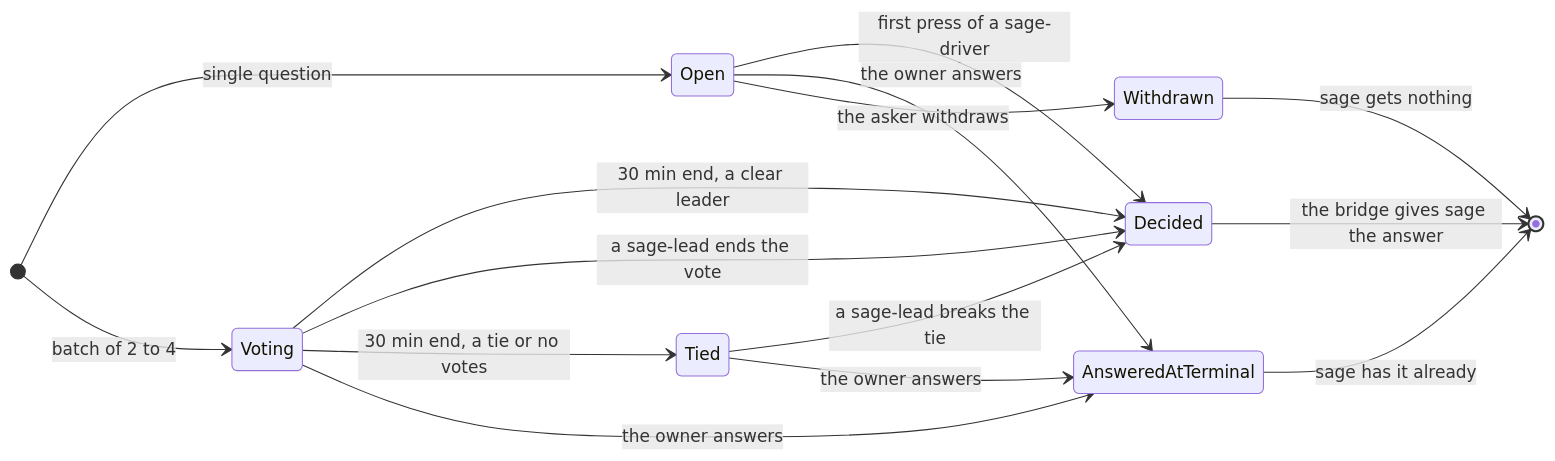
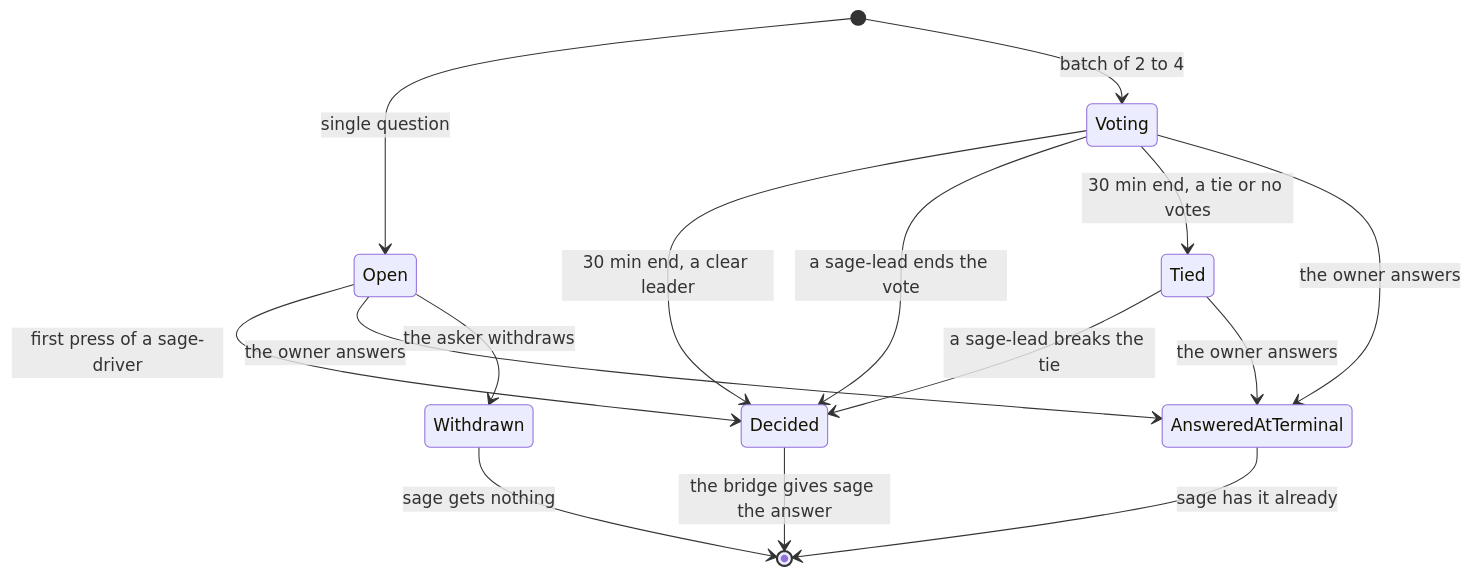
The second of 3 diagrams in README.md (erickb336/sage-bot), drawn with Mermaid before and after one commit.

Commit message:
README: draw the question states top to bottom, so the labels stay readable (T52)

````diff
--- a/README.md
+++ b/README.md
@@ -65,18 +65,17 @@
 ```mermaid
 stateDiagram-v2
-    direction LR
     [*] --> Open: single question
     [*] --> Voting: batch of 2 to 4
     Open --> Decided: first press of a sage-driver
     Voting --> Decided: 30 min end, a clear leader
     Voting --> Decided: a sage-lead ends the vote
     Voting --> Tied: 30 min end, a tie or no votes
     Tied --> Decided: a sage-lead breaks the tie
     Open --> AnsweredAtTerminal: the owner answers
     Voting --> AnsweredAtTerminal: the owner answers
     Tied --> AnsweredAtTerminal: the owner answers
     Open --> Withdrawn: the asker withdraws
     Decided --> [*]: the bridge gives sage the answer
     AnsweredAtTerminal --> [*]: sage has it already
     Withdrawn --> [*]: sage gets nothing
 ```
````
